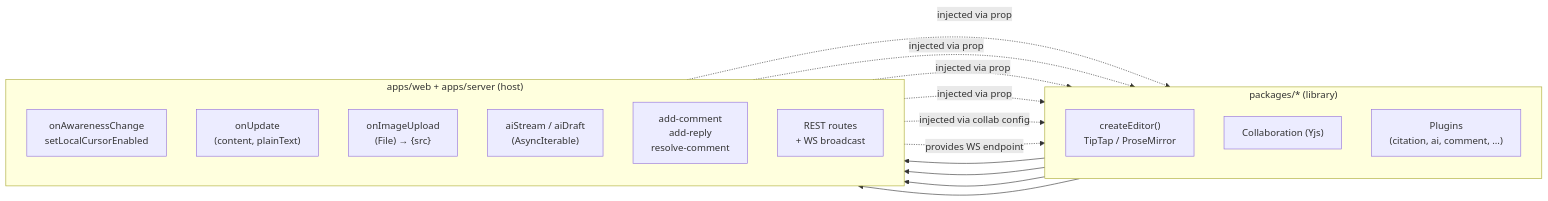
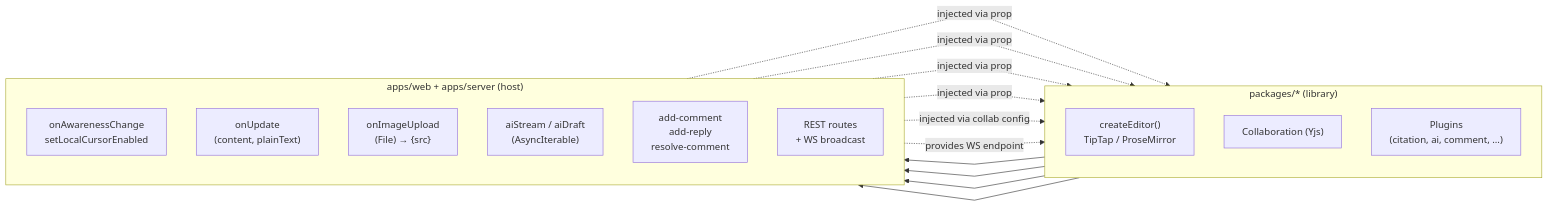
The third of 8 diagrams in docs/ARCHITECTURE.md (Kedata-Indonesia/docflow), drawn with Mermaid before and after one commit. The commit also changed other lines of this file, not shown here.

First line of the commit message:
docs(architecture): render flowchart edges as linear, not curved

````diff
--- a/docs/ARCHITECTURE.md
+++ b/docs/ARCHITECTURE.md
@@ -151,31 +153,32 @@
 ```mermaid
+%%{init: {'flowchart': {'curve': 'linear'}}}%%
 flowchart LR
     subgraph Library["packages/* (library)"]
         direction TB
         Editor["createEditor()<br/>TipTap / ProseMirror"]
         Collab["Collaboration (Yjs)"]
         Plugins["Plugins<br/>(citation, ai, comment, …)"]
     end
 
     subgraph Host["apps/web + apps/server (host)"]
         direction TB
         CollabHooks["onAwarenessChange<br/>setLocalCursorEnabled"]
         UpdateHook["onUpdate<br/>(content, plainText)"]
         ImageHook["onImageUpload<br/>(File) → {src}"]
         AIHook["aiStream / aiDraft<br/>(AsyncIterable)"]
         CommentHook["add-comment<br/>add-reply<br/>resolve-comment"]
         RestHook["REST routes<br/>+ WS broadcast"]
     end
 
     Editor --> UpdateHook
     Editor --> ImageHook
     Plugins --> CommentHook
     Collab --> CollabHooks
 
     UpdateHook -.injected via prop.-> Editor
     ImageHook -.injected via prop.-> Editor
     AIHook -.injected via prop.-> Editor
     CommentHook -.injected via prop.-> Editor
     CollabHooks -.injected via collab config.-> Collab
     RestHook -.provides WS endpoint.-> Collab
 ```
````
